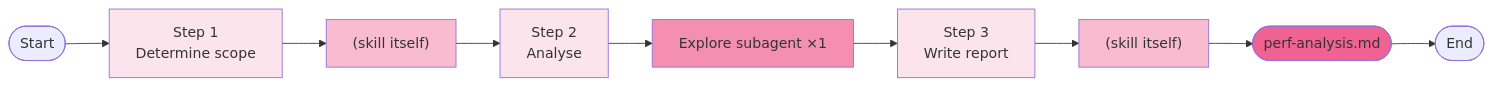
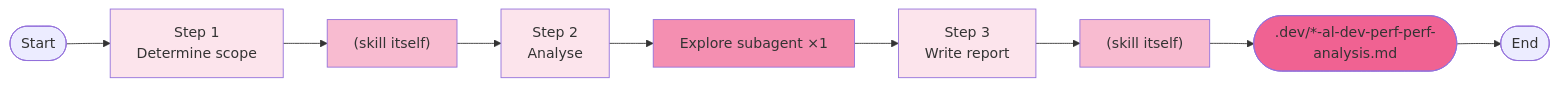
Before and after one commit to russell-laing/al-dev-shared: diagram 13 of 18 in docs/al-dev-plugin-map.md, drawn with Mermaid. The commit also changed other lines of this file, not shown here.

First line of the commit message:
docs: fix technical accuracy in al-dev-plugin-map diagrams and suggestions

````diff
--- a/docs/al-dev-plugin-map.md
+++ b/docs/al-dev-plugin-map.md
@@ -396,19 +388,19 @@
 ```mermaid
 flowchart LR
     Start([Start]) --> Phase1["Step 1<br/>Determine scope"]
     Phase1 --> SkillWork1["(skill itself)"]
     SkillWork1 --> Phase2["Step 2<br/>Analyse"]
     Phase2 --> Agent1["Explore subagent ×1"]
     Agent1 --> Phase3["Step 3<br/>Write report"]
     Phase3 --> SkillWork2["(skill itself)"]
-    SkillWork2 --> Output1(["perf-analysis.md"])
+    SkillWork2 --> Output1([".dev/*-al-dev-perf-perf-analysis.md"])
     Output1 --> End([End])
 
     style Phase1 fill:#fce4ec
     style Phase2 fill:#fce4ec
     style Phase3 fill:#fce4ec
     style SkillWork1 fill:#f8bbd0
     style SkillWork2 fill:#f8bbd0
     style Agent1 fill:#f48fb1
     style Output1 fill:#f06292
 ```
````
